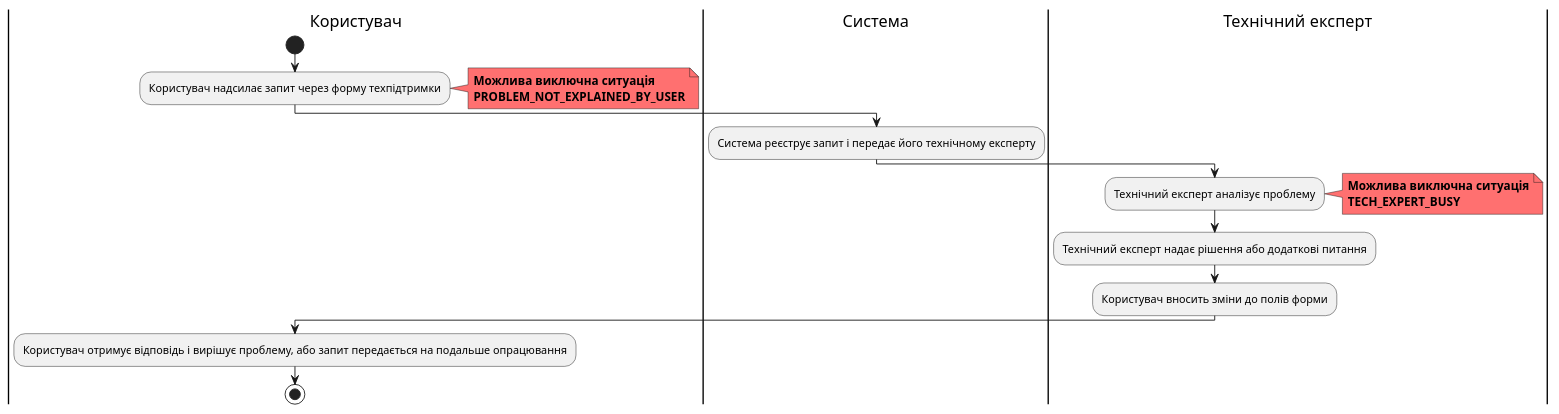
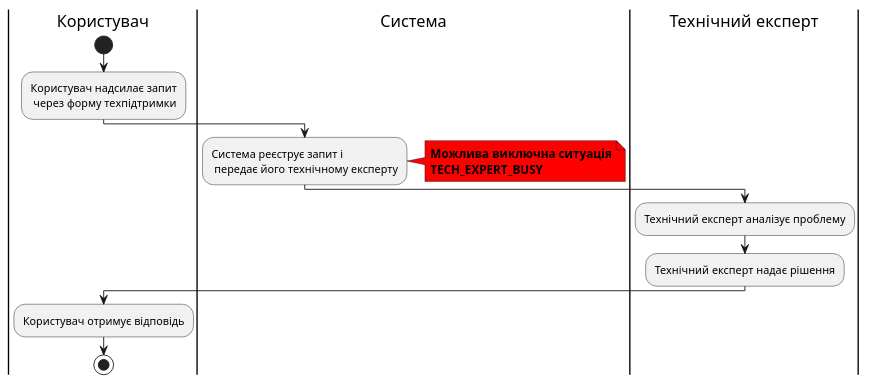
One commit to zhkcll/lab6 changed diagram 13 of 14 in docs/use_cases.md. Above: the diagram before and after it, drawn with PlantUML. The commit also changed other lines of this file, not shown here.

````diff
--- a/docs/use_cases.md
+++ b/docs/use_cases.md
@@ -459,27 +482,22 @@
 ```plantuml
 @startuml
 
 |Користувач|
 start
-:Користувач надсилає запит через форму техпідтримки;
-note right #ff7070
-<b>Можлива виключна ситуація</b>
-<b>PROBLEM_NOT_EXPLAINED_BY_USER</b>
-end note
+:Користувач надсилає запит\n через форму техпідтримки;
 |Система|
-:Система реєструє запит і передає його технічному експерту;
-|Технічний експерт|
-:Технічний експерт аналізує проблему;
-note right #ff7070
+:Система реєструє запит і\n передає його технічному експерту;
+note right #ff0000
 <b>Можлива виключна ситуація</b>
 <b>TECH_EXPERT_BUSY</b>
 end note
-:Технічний експерт надає рішення або додаткові питання;
-:Користувач вносить зміни до полів форми;
+|Технічний експерт|
+:Технічний експерт аналізує проблему;
+:Технічний експерт надає рішення;
 |Користувач|
-:Користувач отримує відповідь і вирішує проблему, або запит передається на подальше опрацювання;
+:Користувач отримує відповідь;
 stop
 
 @enduml
 
 ```
````
